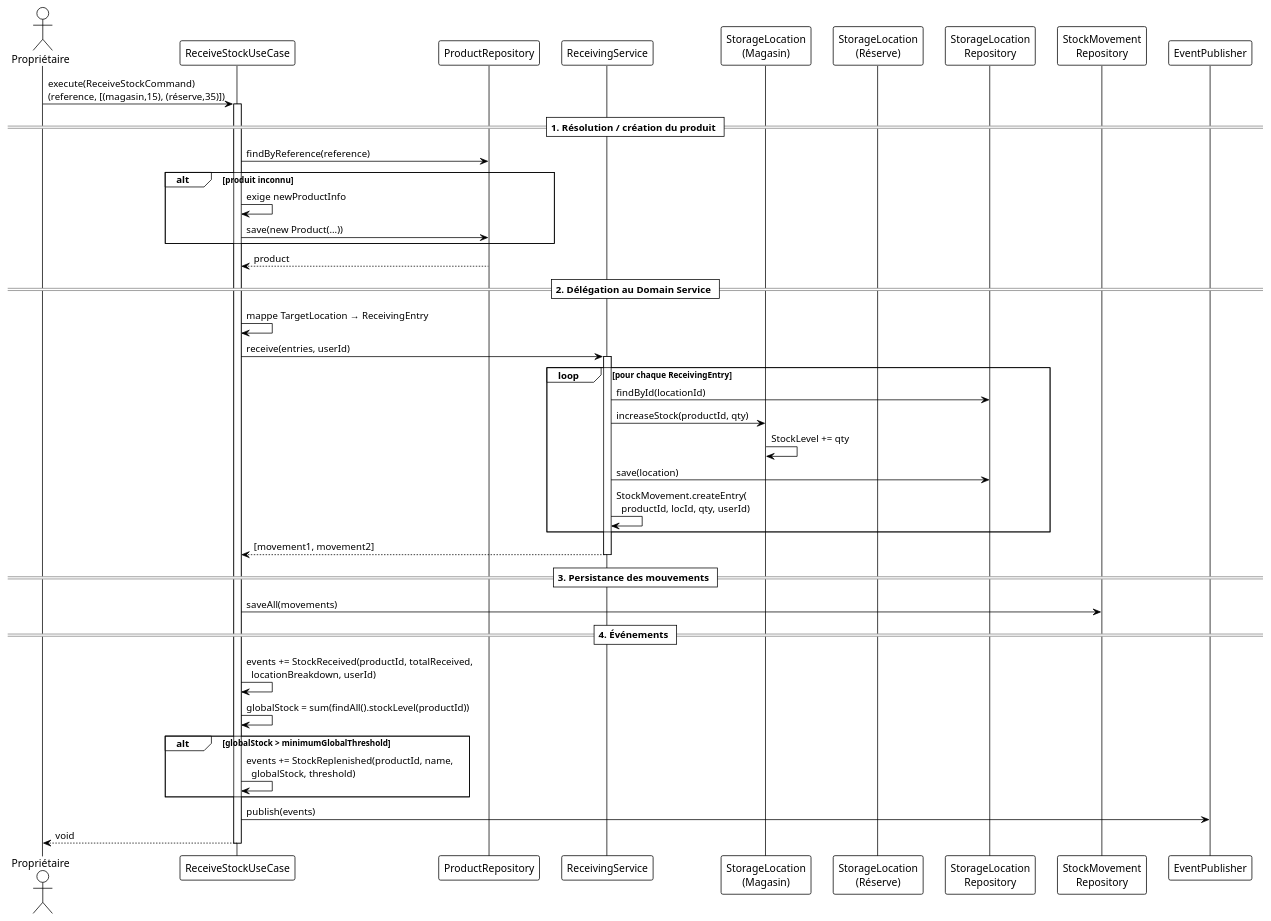
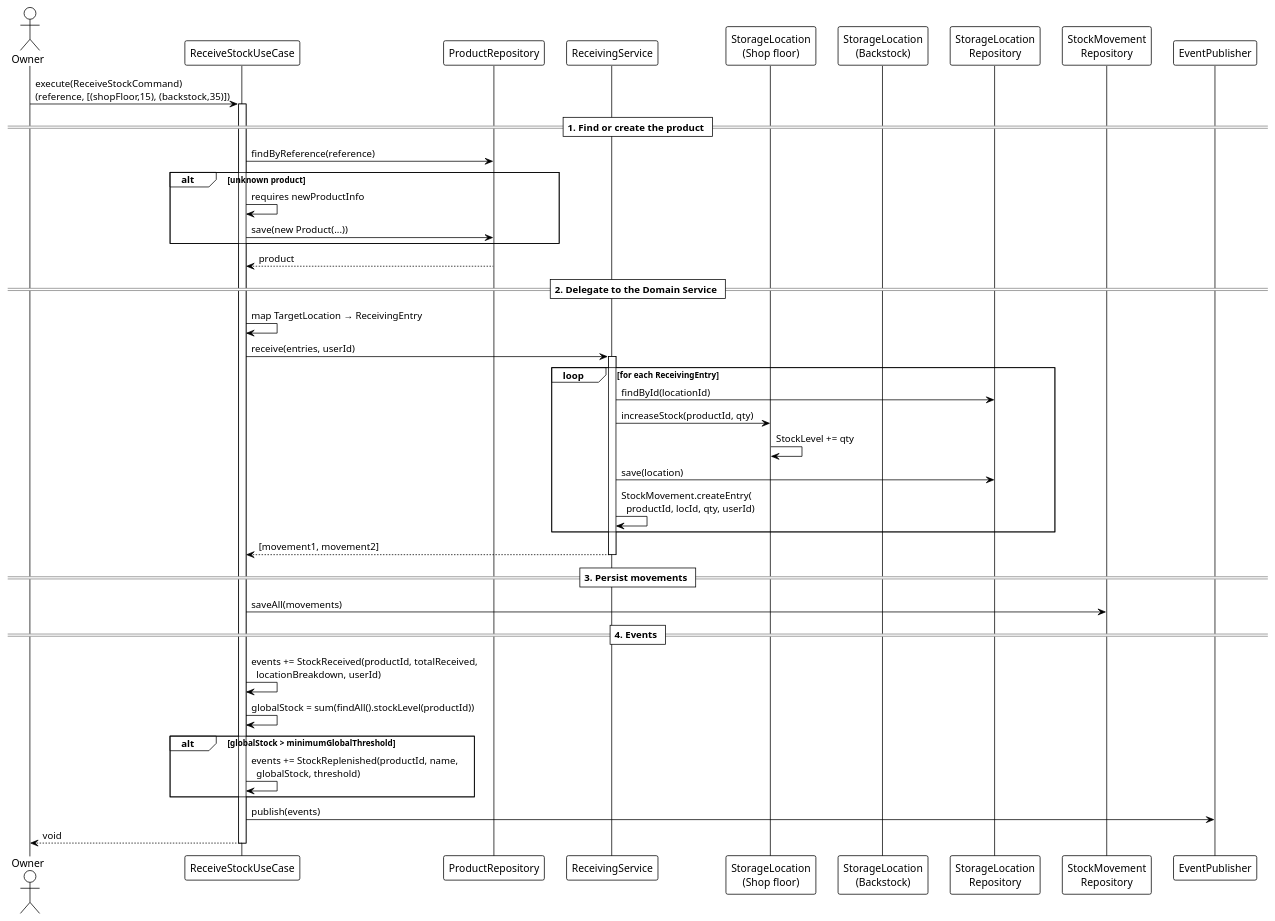
The first of 2 diagrams in antora-docs/modules/domain/pages/flow-supply.adoc (aliCheikCheikh/auto-stock-management), drawn with PlantUML before and after one commit. The commit also changed other lines of this file and 542 other files, not shown here.

```diff
--- a/antora-docs/modules/domain/pages/flow-supply.adoc
+++ b/antora-docs/modules/domain/pages/flow-supply.adoc
@@ -17,64 +17,64 @@
 [plantuml]
 ----
 @startuml
 !theme plain
 skinparam backgroundColor transparent
 
-actor Propriétaire as V
+actor Owner as V
 participant "ReceiveStockUseCase" as AS
 participant "ProductRepository" as PR
 participant "ReceivingService" as RS
-participant "StorageLocation\n(Magasin)" as SLM
-participant "StorageLocation\n(Réserve)" as SLR
+participant "StorageLocation\n(Shop floor)" as SLM
+participant "StorageLocation\n(Backstock)" as SLR
 participant "StorageLocation\nRepository" as SLR_R
 participant "StockMovement\nRepository" as SMR
 participant "EventPublisher" as EP
 
-V -> AS : execute(ReceiveStockCommand)\n(reference, [(magasin,15), (réserve,35)])
+V -> AS : execute(ReceiveStockCommand)\n(reference, [(shopFloor,15), (backstock,35)])
 activate AS
 
-== 1. Résolution / création du produit ==
+== 1. Find or create the product ==
 
 AS -> PR : findByReference(reference)
-alt produit inconnu
-  AS -> AS : exige newProductInfo
+alt unknown product
+  AS -> AS : requires newProductInfo
   AS -> PR : save(new Product(...))
 end
 PR --> AS : product
 
-== 2. Délégation au Domain Service ==
+== 2. Delegate to the Domain Service ==
 
-AS -> AS : mappe TargetLocation → ReceivingEntry
+AS -> AS : map TargetLocation → ReceivingEntry
 AS -> RS : receive(entries, userId)
 activate RS
 
-loop pour chaque ReceivingEntry
+loop for each ReceivingEntry
   RS -> SLR_R : findById(locationId)
   RS -> SLM : increaseStock(productId, qty)
   SLM -> SLM : StockLevel += qty
   RS -> SLR_R : save(location)
   RS -> RS : StockMovement.createEntry(\n  productId, locId, qty, userId)
 end
 
 RS --> AS : [movement1, movement2]
 deactivate RS
 
-== 3. Persistance des mouvements ==
+== 3. Persist movements ==
 
 AS -> SMR : saveAll(movements)
 
-== 4. Événements ==
+== 4. Events ==
 
 AS -> AS : events += StockReceived(productId, totalReceived,\n  locationBreakdown, userId)
 AS -> AS : globalStock = sum(findAll().stockLevel(productId))
 alt globalStock > minimumGlobalThreshold
   AS -> AS : events += StockReplenished(productId, name,\n  globalStock, threshold)
 end
 
 AS -> EP : publish(events)
 
 AS --> V : void
 deactivate AS
 
 @enduml
 ----
```
